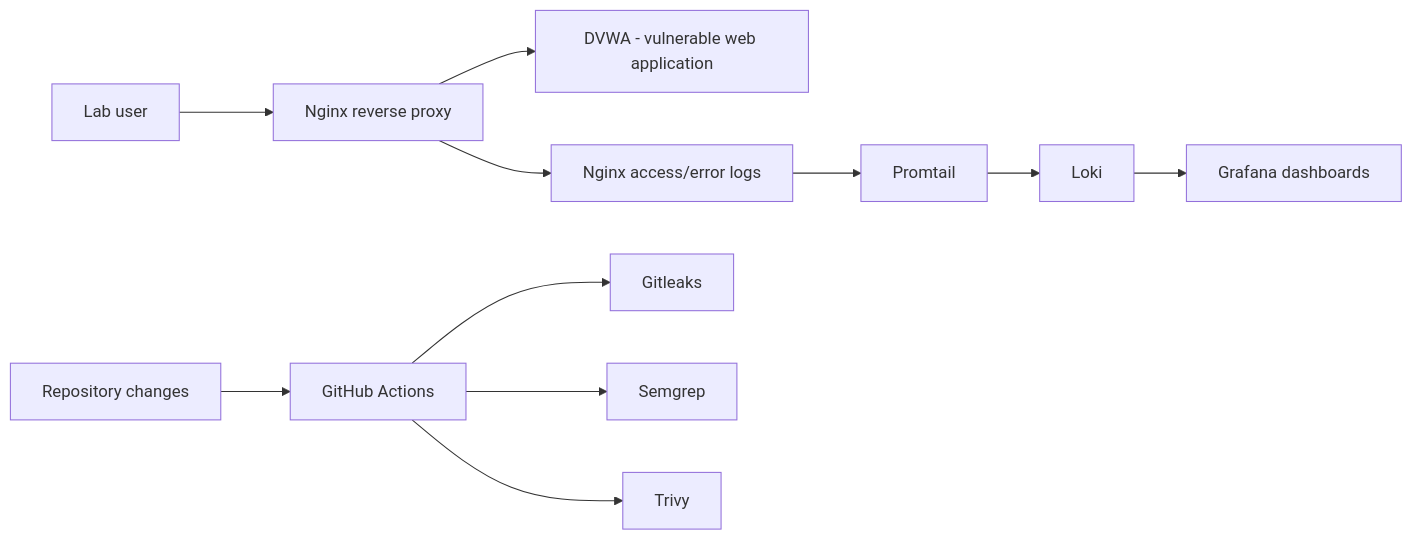
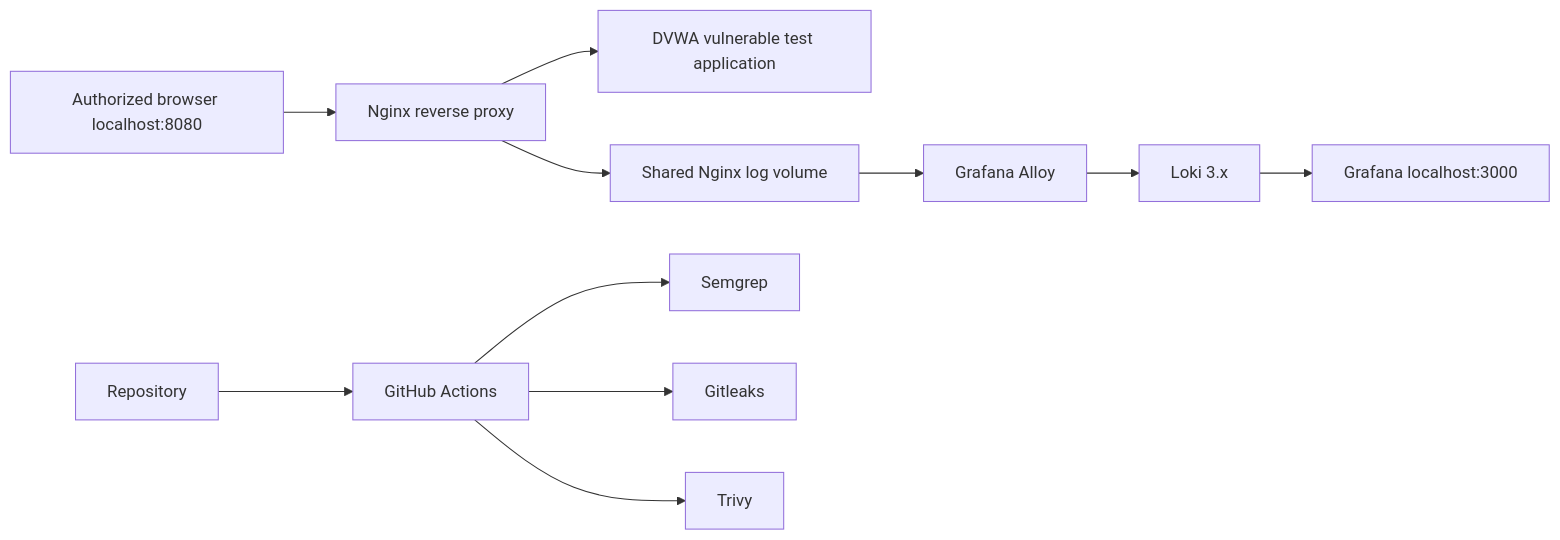
The diagram in README.md (gaddah-yousef/securelab), drawn with Mermaid before and after one commit. The commit also changed other lines of this file, not shown here.

Commit message:
docs: explain supported unified lab, Alloy setup and verification commands

````diff
--- a/README.md
+++ b/README.md
@@ -17,13 +9,13 @@
 ```mermaid
 flowchart LR
-  Analyst[Lab user] --> Proxy[Nginx reverse proxy]
-  Proxy --> DVWA[DVWA - vulnerable web application]
-  Proxy --> Logs[Nginx access/error logs]
-  Logs --> Promtail[Promtail]
-  Promtail --> Loki[Loki]
-  Loki --> Grafana[Grafana dashboards]
-  Source[Repository changes] --> CI[GitHub Actions]
+  Browser[Authorized browser localhost:8080] --> Nginx[Nginx reverse proxy]
+  Nginx --> DVWA[DVWA vulnerable test application]
+  Nginx --> Volume[Shared Nginx log volume]
+  Volume --> Alloy[Grafana Alloy]
+  Alloy --> Loki[Loki 3.x]
+  Loki --> Grafana[Grafana localhost:3000]
+  Source[Repository] --> CI[GitHub Actions]
+  CI --> SAST[Semgrep]
   CI --> Secrets[Gitleaks]
-  CI --> SAST[Semgrep]
-  CI --> ImageScan[Trivy]
+  CI --> Scan[Trivy]
 ```
````
